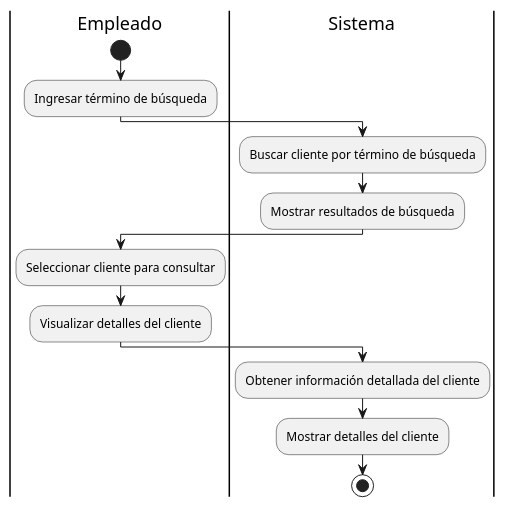
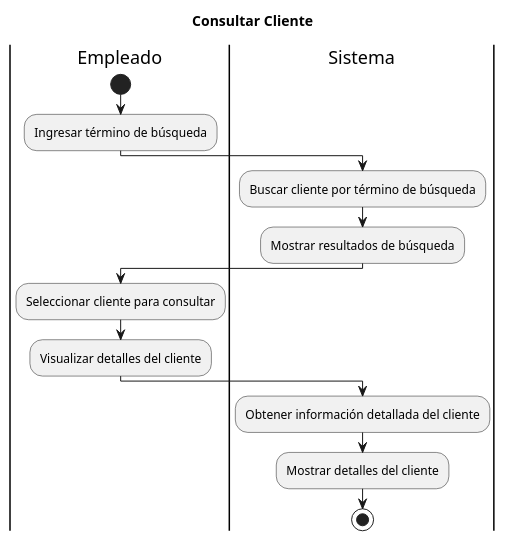
Before and after one commit to marcelolezcanodev/GarageGuru: the diagram in Diagramas/diagramas_actividades/da_consultar_cliente.plantuml, drawn with PlantUML. The commit also changed 7 other files, not shown here.

Commit message:
Se agregaron mas diagramas de actividades

```diff
--- a/Diagramas/diagramas_actividades/da_consultar_cliente.plantuml
+++ b/Diagramas/diagramas_actividades/da_consultar_cliente.plantuml
@@ -1,15 +1,16 @@
 @startuml da_consultar_cliente
+Title Consultar Cliente
 |Empleado|
 start
 :Ingresar término de búsqueda;
 |Sistema|
 :Buscar cliente por término de búsqueda;
 :Mostrar resultados de búsqueda;
 |Empleado|
 :Seleccionar cliente para consultar;
 :Visualizar detalles del cliente;
 |Sistema|
 :Obtener información detallada del cliente;
 :Mostrar detalles del cliente;
 stop
 @enduml
```
